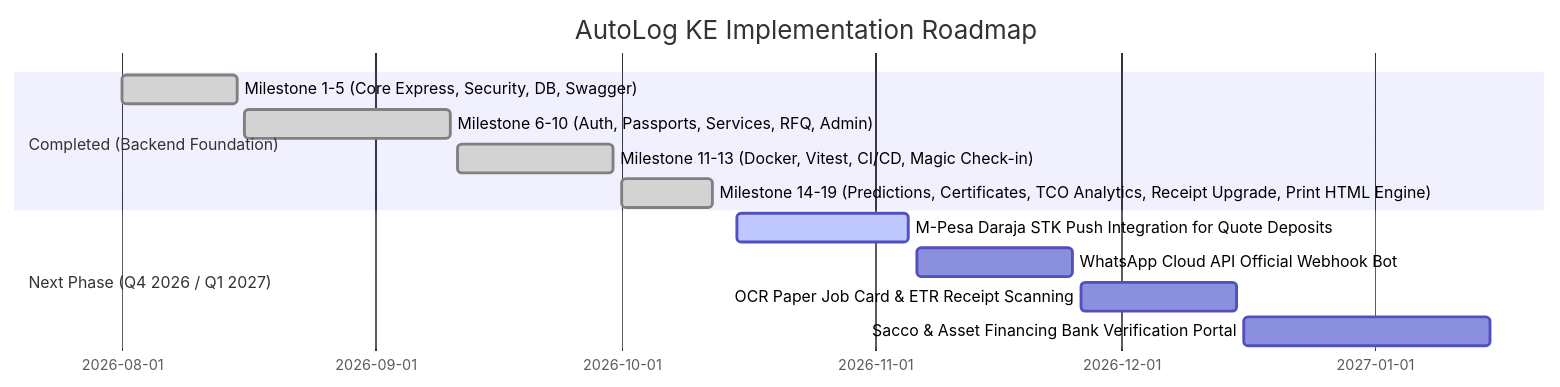
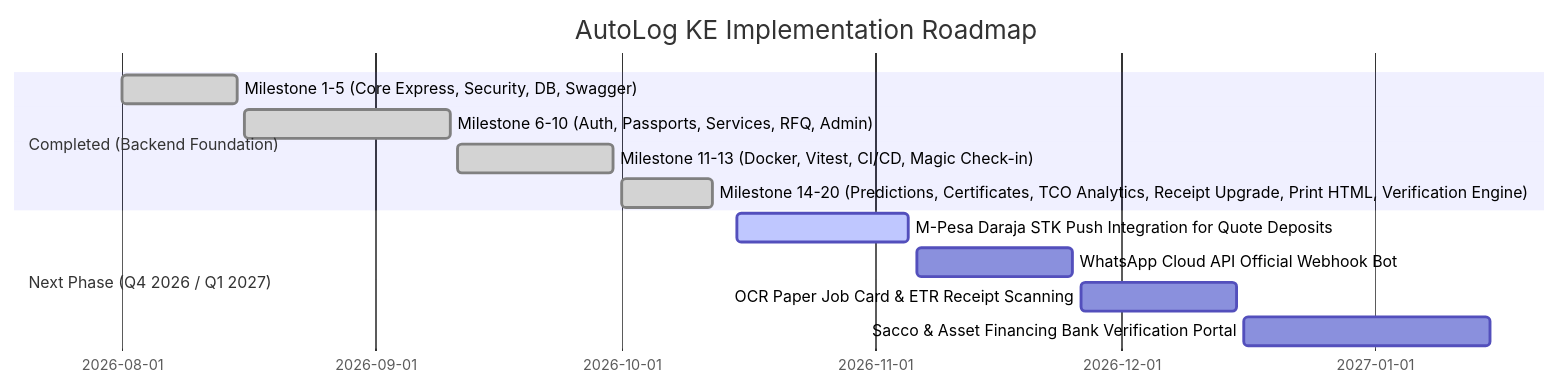
Before and after one commit to musaCODEzz/autolog-backend: the diagram in docs/SYSTEM_LOOPHOLES_AND_IMPLEMENTATION.md, drawn with Mermaid. The commit also changed 9 other files, not shown here.

Commit message:
feat: cryptographic certificate anti-tamper verification endpoint, vehicle issuance state, and 89 green tests (Milestone 20)

````diff
--- a/docs/SYSTEM_LOOPHOLES_AND_IMPLEMENTATION.md
+++ b/docs/SYSTEM_LOOPHOLES_AND_IMPLEMENTATION.md
@@ -53,15 +53,15 @@
 ```mermaid
 gantt
     title AutoLog KE Implementation Roadmap
     dateFormat  YYYY-MM-DD
     section Completed (Backend Foundation)
     Milestone 1-5 (Core Express, Security, DB, Swagger) :done, 2026-08-01, 2026-08-15
     Milestone 6-10 (Auth, Passports, Services, RFQ, Admin) :done, 2026-08-16, 2026-09-10
     Milestone 11-13 (Docker, Vitest, CI/CD, Magic Check-in) :done, 2026-09-11, 2026-09-30
-    Milestone 14-19 (Predictions, Certificates, TCO Analytics, Receipt Upgrade, Print HTML Engine) :done, 2026-10-01, 2026-10-12
+    Milestone 14-20 (Predictions, Certificates, TCO Analytics, Receipt Upgrade, Print HTML, Verification Engine) :done, 2026-10-01, 2026-10-12
     section Next Phase (Q4 2026 / Q1 2027)
     M-Pesa Daraja STK Push Integration for Quote Deposits :active, 2026-10-15, 2026-11-05
     WhatsApp Cloud API Official Webhook Bot : 2026-11-06, 2026-11-25
     OCR Paper Job Card & ETR Receipt Scanning : 2026-11-26, 2026-12-15
     Sacco & Asset Financing Bank Verification Portal : 2026-12-16, 2027-01-15
 ```
````
